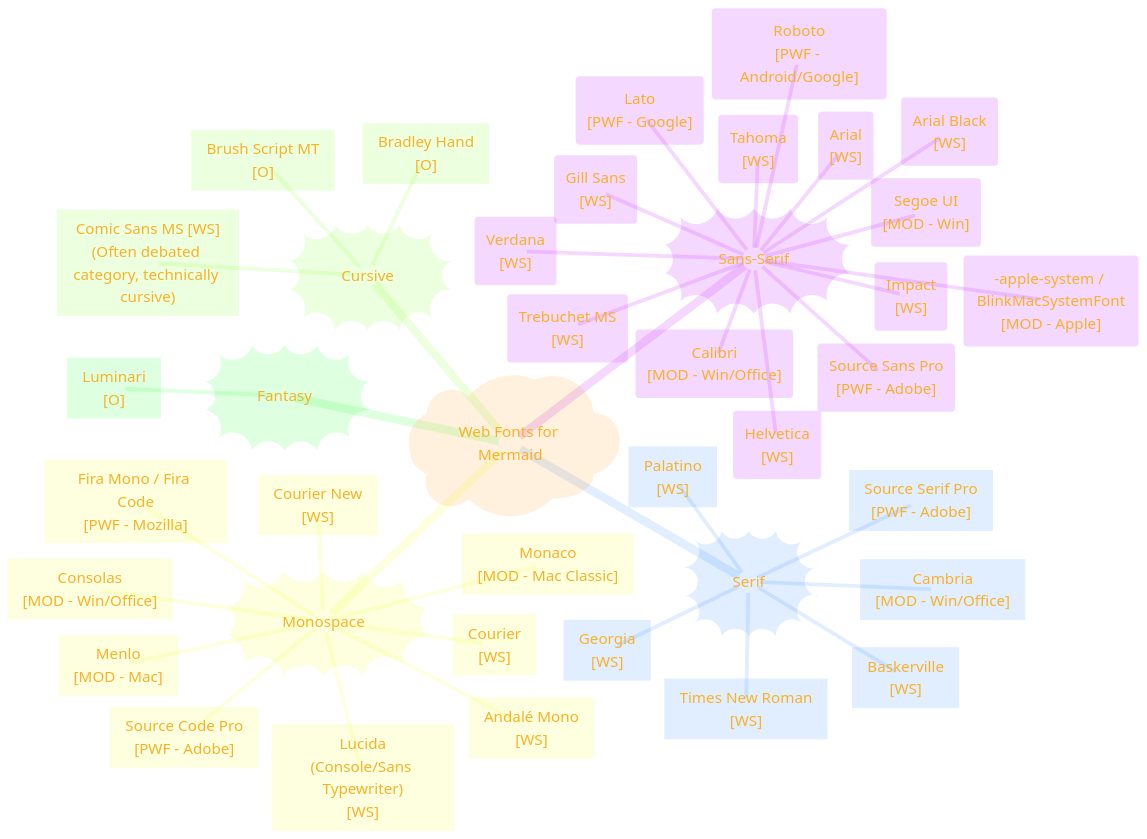
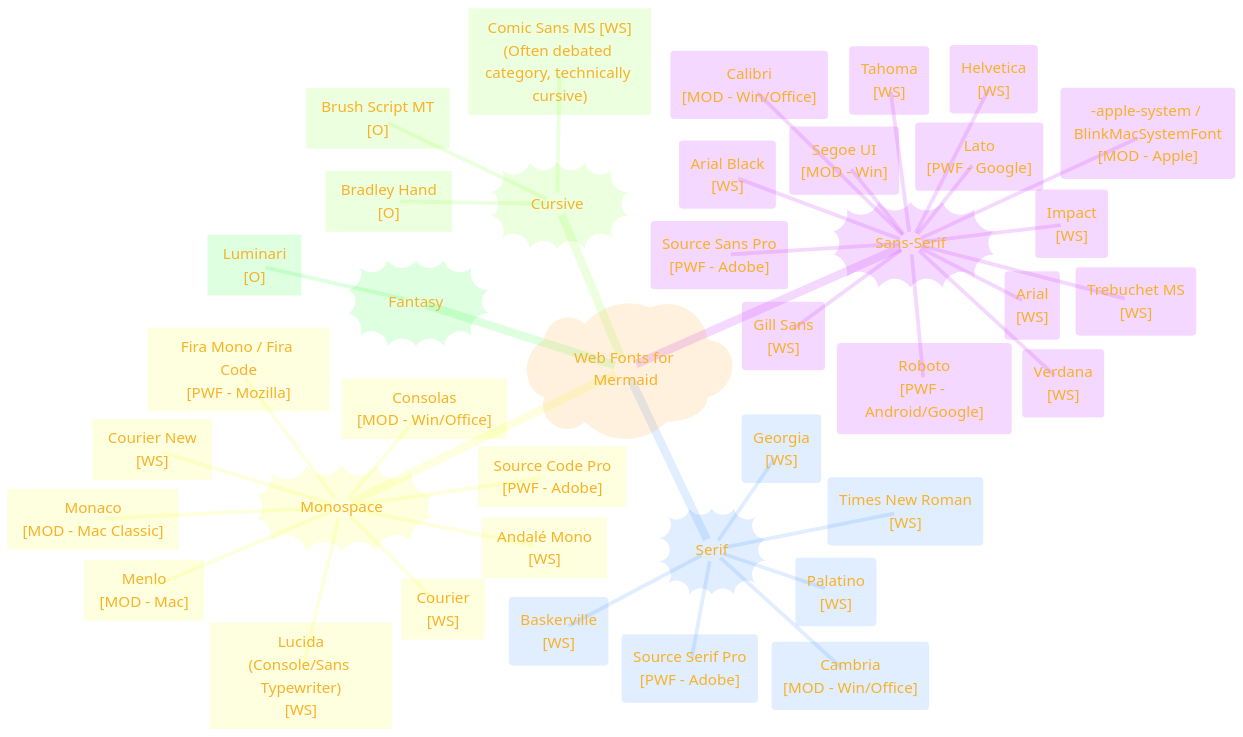
Before and after one commit to CongLeSolutionX/ArchExplorer: the first of 3 diagrams in MERMAID_JS/Web_Font_Guide/Web_Font_Guide.md, drawn with Mermaid.

````diff
--- a/MERMAID_JS/Web_Font_Guide/Web_Font_Guide.md
+++ b/MERMAID_JS/Web_Font_Guide/Web_Font_Guide.md
@@ -37,71 +37,71 @@
 ```mermaid
 ---
 title: "Font Categorization and Origin"
 author: "Cong Le"
 version: "1.0"
 license(s): "MIT, CC BY 4.0"
 copyright: "Copyright (c) 2025 Cong Le. All Rights Reserved."
 config:
   theme: base
 ---
 %%%%%%%% Mermaid version v11.4.1-b.14
 %%{
   init: {
     'fontFamily': 'Andale Mono, monospace',
     'mindmap': {
 	    'nodeAlign': 'center',
-	    'padding': 20
+	    'padding': 15
     },
     'themeVariables': {
       'primaryColor': '#FC82',
       'primaryTextColor': '#F8B229',
       'primaryBorderColor': '#27AE60',
       'secondaryColor': '#EBF3',
       'secondaryTextColor': '#6C3483',
       'secondaryBorderColor': '#A569BD',
       'fontSize': '20px'
     }
   }
 }%%
 mindmap
   root)"Web Fonts for Mermaid"(
     Sans_Serif))"Sans-Serif"((
       Helvetica("Helvetica<br>[WS]")
       Arial("Arial<br>[WS]")
       Arial_Black("Arial Black<br>[WS]")
       Verdana("Verdana<br>[WS]")
       Tahoma("Tahoma<br>[WS]")
       Trebuchet_MS("Trebuchet MS<br>[WS]")
       Impact("Impact<br>[WS]")
       Gill_Sans("Gill Sans<br>[WS]")
       Segoe_UI("Segoe UI<br>[MOD - Win]")
       apple_system("-apple-system / BlinkMacSystemFont<br>[MOD - Apple]")
       Calibri("Calibri<br>[MOD - Win/Office]")
       Roboto("Roboto<br>[PWF - Android/Google]")
       Source_Sans_Pro("Source Sans Pro<br>[PWF - Adobe]")
       Lato("Lato<br>[PWF - Google]")
     Serif))"Serif"((
-      Times_New_Roman["Times New Roman<br>[WS]"]
-      Georgia["Georgia<br>[WS]"]
-      Palatino["Palatino<br>[WS]"]
-      Baskerville["Baskerville<br>[WS]"]
-      Cambria["Cambria<br>[MOD - Win/Office]"]
-      Source_Serif_Pro["Source Serif Pro<br>[PWF - Adobe]"]
+      Times_New_Roman("Times New Roman<br>[WS]")
+      Georgia("Georgia<br>[WS]")
+      Palatino("Palatino<br>[WS]")
+      Baskerville("Baskerville<br>[WS]")
+      Cambria("Cambria<br>[MOD - Win/Office]")
+      Source_Serif_Pro("Source Serif Pro<br>[PWF - Adobe]")
     Monospace))"Monospace"((
       Andale_Mono["Andalé Mono<br>[WS]"]
       Courier["Courier<br>[WS]"]
       Courier_New["Courier New<br>[WS]"]
       Lucida["Lucida<br>(Console/Sans Typewriter)<br>[WS]"]
       Monaco["Monaco<br>[MOD - Mac Classic]"]
       Consolas["Consolas<br>[MOD - Win/Office]"]
       Menlo["Menlo<br>[MOD - Mac]"]
       Source_Code_Pro["Source Code Pro<br>[PWF - Adobe]"]
       Fira_Mono_Fira_Code["Fira Mono / Fira Code<br>[PWF - Mozilla]"]
     Cursive))"Cursive"((
       Comic_Sans_MS["Comic Sans MS [WS]<br>(Often debated category, technically cursive)"]
       Bradley_Hand["Bradley Hand<br>[O]"]
       Brush_Script_MT["Brush Script MT<br>[O]"]
     Fantasy))"Fantasy"((
       Luminari["Luminari<br>[O]"]
       
 ```
````
